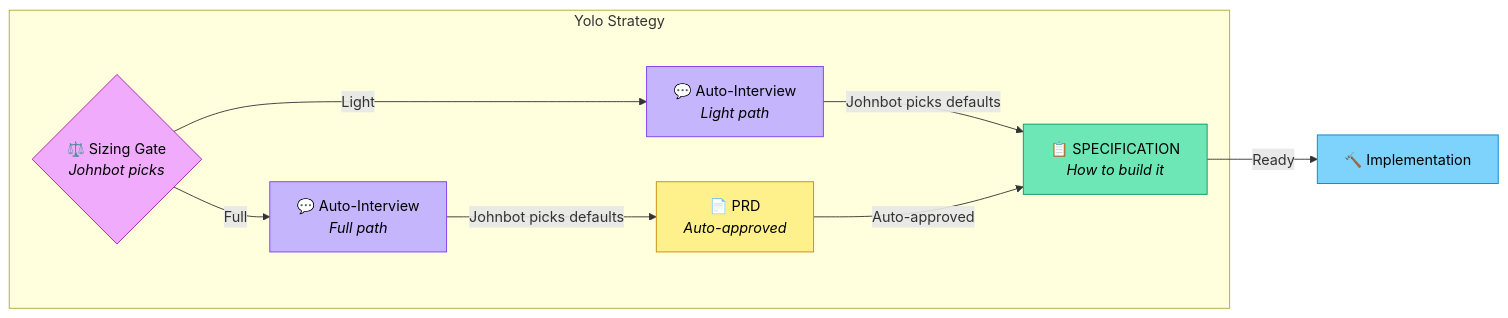
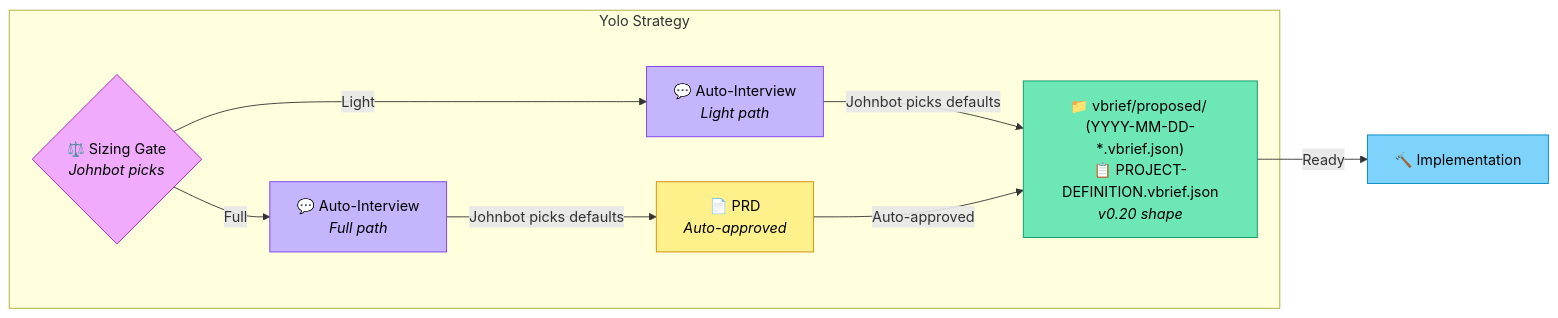
The diagram in strategies/yolo.md (deftai/directive), drawn with Mermaid before and after one commit. The commit also changed other lines of this file and 2 other files, not shown here.

First line of the commit message:
feat(strategies): migrate yolo strategy to full v0.20 output shape (#1166)

````diff
--- a/strategies/yolo.md
+++ b/strategies/yolo.md
@@ -40,24 +42,24 @@
 ```mermaid
 flowchart LR
     subgraph yolo ["Yolo Strategy"]
         G{"⚖️ Sizing Gate<br/><i>Johnbot picks</i>"}
         I_L["💬 Auto-Interview<br/><i>Light path</i>"]
         I_F["💬 Auto-Interview<br/><i>Full path</i>"]
         P["📄 PRD<br/><i>Auto-approved</i>"]
-        S["📋 SPECIFICATION<br/><i>How to build it</i>"]
+        S["📁 vbrief/proposed/ (YYYY-MM-DD-*.vbrief.json)<br/>📋 PROJECT-DEFINITION.vbrief.json<br/><i>v0.20 shape</i>"]
     end
 
     G -->|"Light"| I_L
     G -->|"Full"| I_F
     I_L -->|"Johnbot picks defaults"| S
     I_F -->|"Johnbot picks defaults"| P
     P -->|"Auto-approved"| S
     S -->|"Ready"| IMPL["🔨 Implementation"]
 
     style G fill:#f0abfc,stroke:#a21caf,color:#000
     style I_L fill:#c4b5fd,stroke:#7c3aed,color:#000
     style I_F fill:#c4b5fd,stroke:#7c3aed,color:#000
     style P fill:#fef08a,stroke:#ca8a04,color:#000
     style S fill:#6ee7b7,stroke:#059669,color:#000
     style IMPL fill:#7dd3fc,stroke:#0284c7,color:#000
 ```
````
